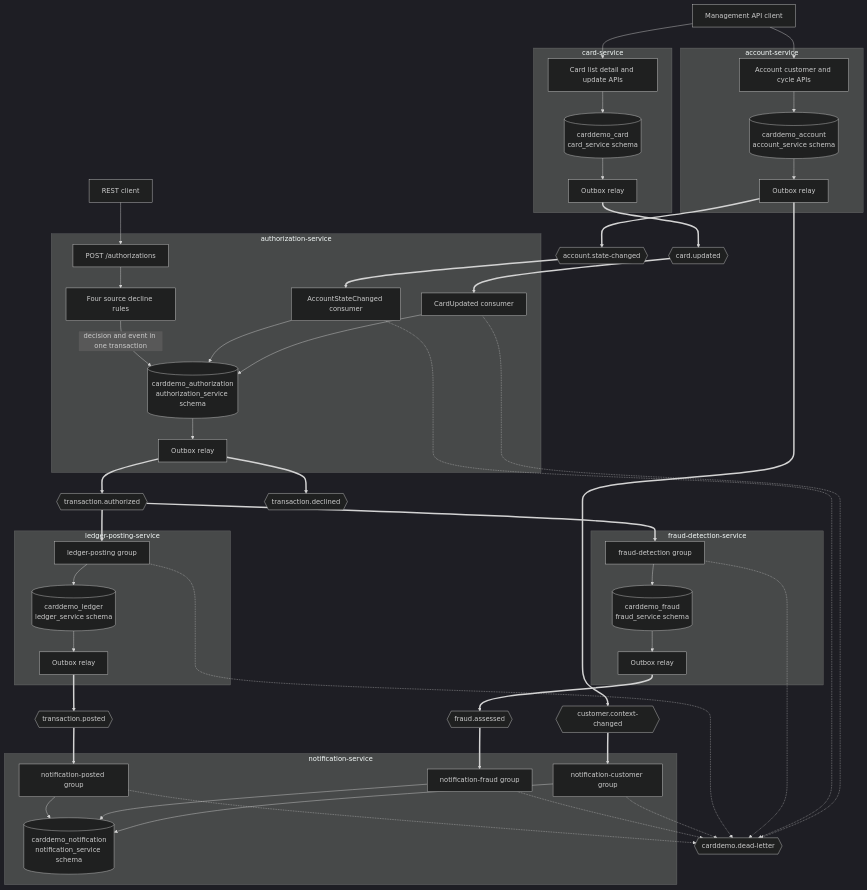
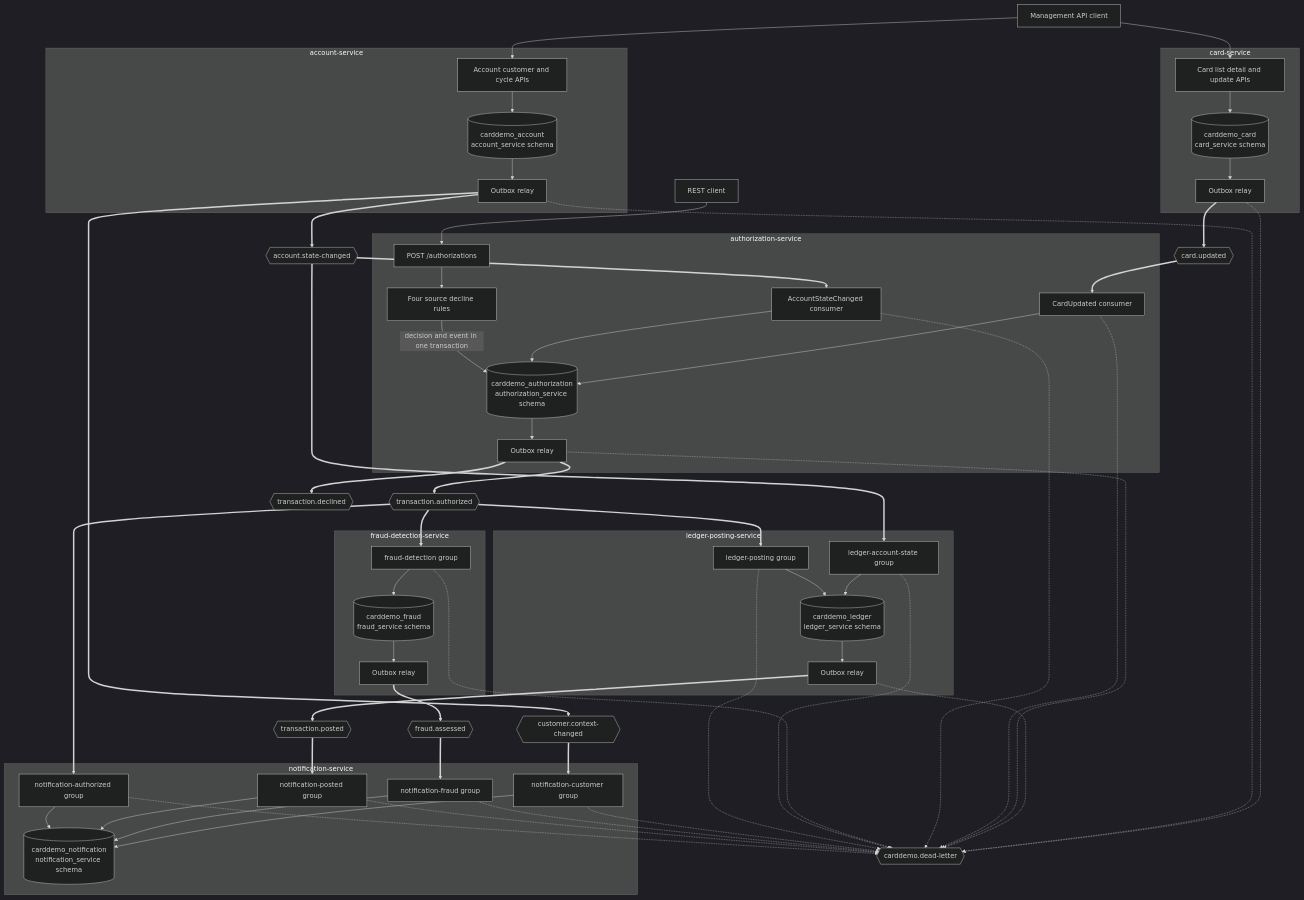
Before and after one commit to blitzy-public-samples/aws-carddemo-blitzy: the second of 2 diagrams in card-platform/docs/architecture-before-after.md, drawn with Mermaid (dark theme). The commit also changed other lines of this file and 163 other files, not shown here.

````diff
--- a/card-platform/docs/architecture-before-after.md
+++ b/card-platform/docs/architecture-before-after.md
@@ -167,6 +167,7 @@
 
     subgraph LEDGER["ledger-posting-service"]
         LCON["ledger-posting group"]
+        LACON["ledger-account-state group"]
         LDB[("carddemo_ledger<br/>ledger_service schema")]
         LRELAY["Outbox relay"]
     end
@@ -178,6 +179,7 @@
     end
 
     subgraph NOTIFY["notification-service"]
+        NACON["notification-authorized group"]
         NPCON["notification-posted group"]
         NFCON["notification-fraud group"]
         NCCON["notification-customer group"]
@@ -205,6 +207,7 @@
 
     TA ==> LCON
     TA ==> FCON
+    TA ==> NACON
     LCON --> LDB
     LDB --> LRELAY
     LRELAY ==> TP
@@ -214,6 +217,7 @@
     TP ==> NPCON
     FA ==> NFCON
     CC ==> NCCON
+    NACON --> NDB
     NPCON --> NDB
     NFCON --> NDB
     NCCON --> NDB
@@ -229,14 +233,22 @@
     CRELAY ==> CU
     AS ==> ACON
     ACON --> ADB
+    AS ==> LACON
+    LACON --> LDB
     CU ==> CCON
     CCON --> ADB
 
     LCON -.-> DLQ
+    LACON -.-> DLQ
     FCON -.-> DLQ
+    NACON -.-> DLQ
     NPCON -.-> DLQ
     NFCON -.-> DLQ
     NCCON -.-> DLQ
     ACON -.-> DLQ
     CCON -.-> DLQ
+    ARELAY -.-> DLQ
+    LRELAY -.-> DLQ
+    ACRELAY -.-> DLQ
+    CRELAY -.-> DLQ
 ```
````
